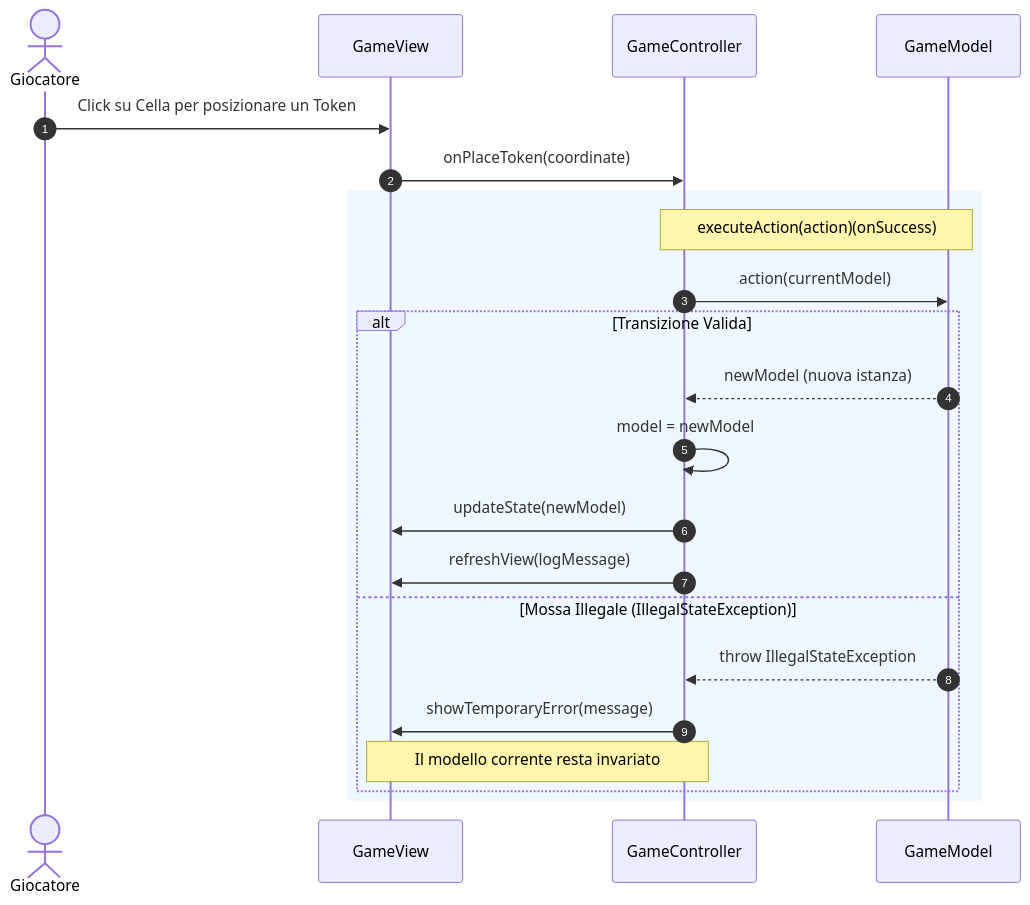
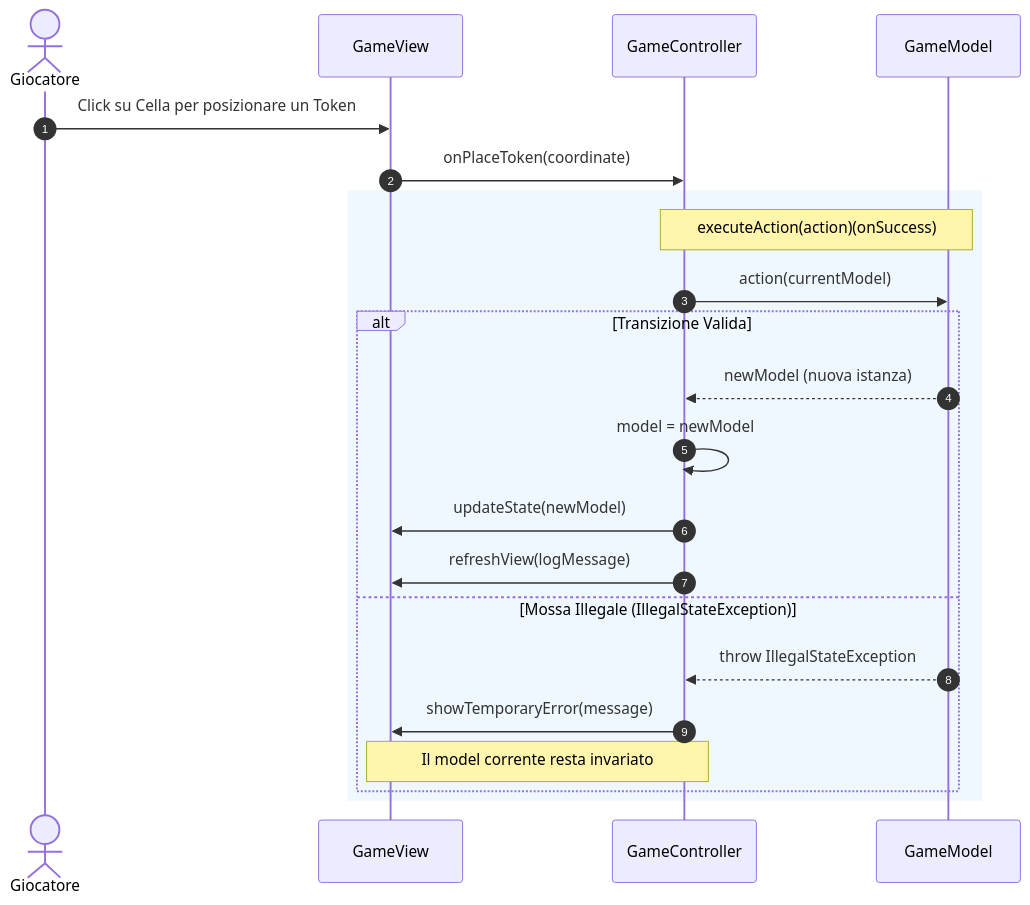
The third of 4 diagrams in docs/detailed-design.md (elisayan/PPS-25-scalarmonies), drawn with Mermaid before and after one commit. The commit also changed other lines of this file, not shown here.

````diff
--- a/docs/detailed-design.md
+++ b/docs/detailed-design.md
@@ -194,27 +201,27 @@
 ```mermaid
 sequenceDiagram
 autonumber
 actor User as Giocatore
 participant View as GameView
 participant Ctrl as GameController
 participant Model as GameModel
 
     User->>View: Click su Cella per posizionare un Token
     View->>Ctrl: onPlaceToken(coordinate)
     
     rect rgb(240, 248, 255)
         Note over Ctrl,Model: executeAction(action)(onSuccess)
         Ctrl->>Model: action(currentModel)
         
         alt Transizione Valida
             Model-->>Ctrl: newModel (nuova istanza)
             Ctrl->>Ctrl: model = newModel
             Ctrl->>View: updateState(newModel)
             Ctrl->>View: refreshView(logMessage)
         else Mossa Illegale (IllegalStateException)
             Model-->>Ctrl: throw IllegalStateException
             Ctrl->>View: showTemporaryError(message)
-            Note over Ctrl,View: Il modello corrente resta invariato
+            Note over Ctrl,View: Il model corrente resta invariato
         end
     end
 ```
````
